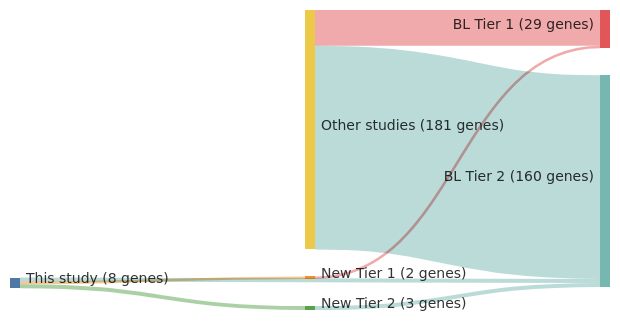
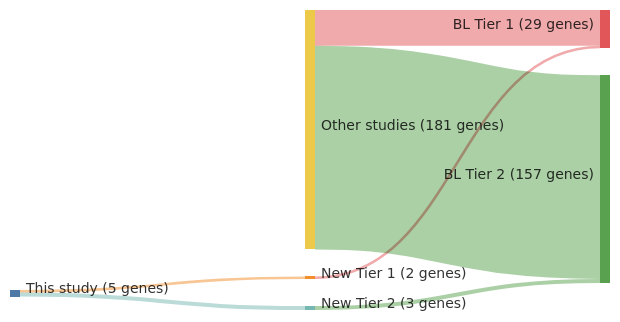
One commit to morinlab/lymphopedia changed the diagram in papers/thomasGeneticSubgroupsInform2023.md. Above: the diagram before and after it, drawn with Mermaid.

````diff
--- a/papers/thomasGeneticSubgroupsInform2023.md
+++ b/papers/thomasGeneticSubgroupsInform2023.md
@@ -12,21 +12,20 @@
 ```mermaid
 ---
 config:
     sankey:
         showValues: true
         linkColor: target
         width: 600
         height: 300
         nodeAlignment: right
         prefix: '('
         suffix: ' genes)'
 ---
 sankey-beta
 This study, New Tier 1, 2
 New Tier 1, BL Tier 1, 2
-This study, BL Tier 2, 3
 This study, New Tier 2, 3
 New Tier 2, BL Tier 2, 3
 Other studies, BL Tier 1, 27
 Other studies, BL Tier 2, 154
 ```
````
